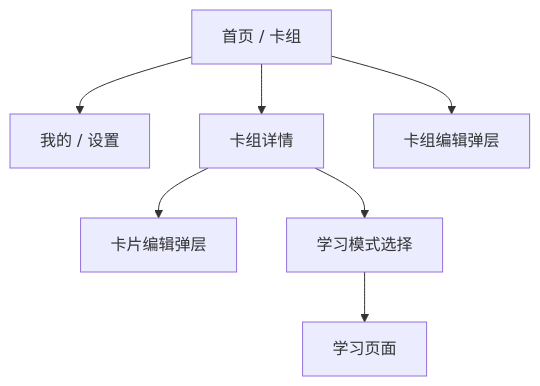
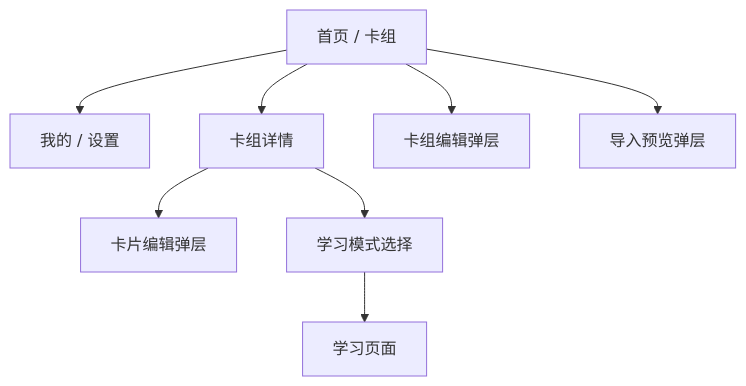
The diagram in docs/design/screens.md (xhconceit/EchoCards), drawn with Mermaid before and after one commit. The commit also changed other lines of this file and 31 other files, not shown here.

````diff
--- a/docs/design/screens.md
+++ b/docs/design/screens.md
@@ -7,17 +7,19 @@
 ```mermaid
 flowchart TD
     Home[首页 / 卡组]
     Mine[我的 / 设置]
     Deck[卡组详情]
     DeckSheet[卡组编辑弹层]
     CardSheet[卡片编辑弹层]
+    ImportSheet[导入预览弹层]
     ModeSheet[学习模式选择]
     Learn[学习页面]
 
     Home --> Deck
     Home --> DeckSheet
+    Home --> ImportSheet
     Home --> Mine
     Deck --> CardSheet
     Deck --> ModeSheet
     ModeSheet --> Learn
 ```
````
